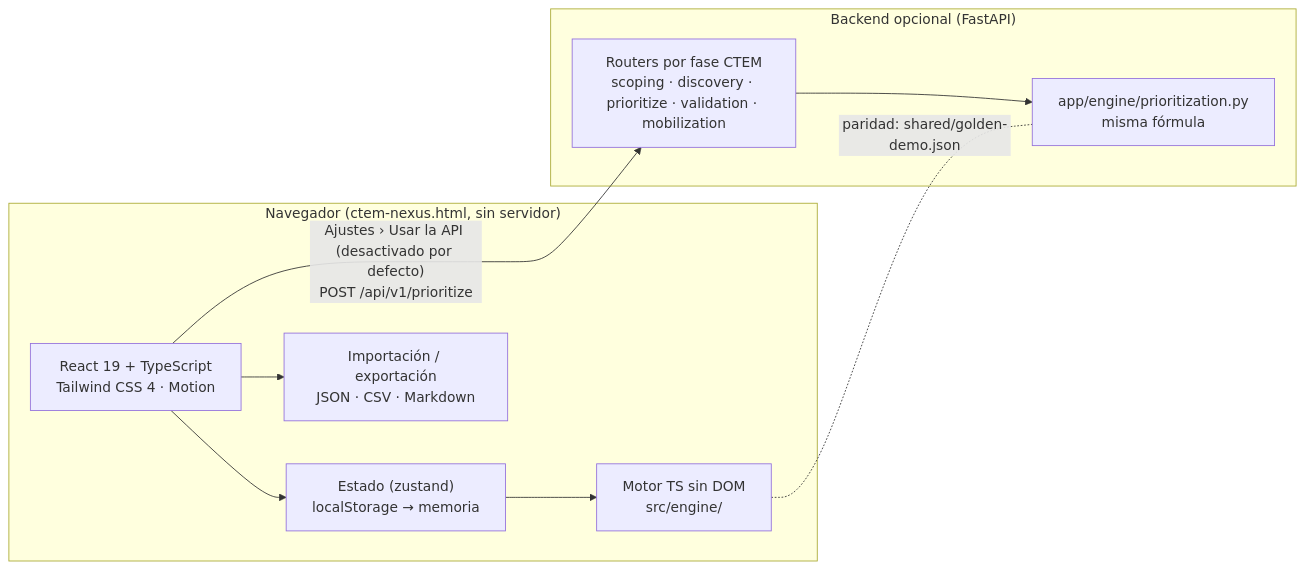
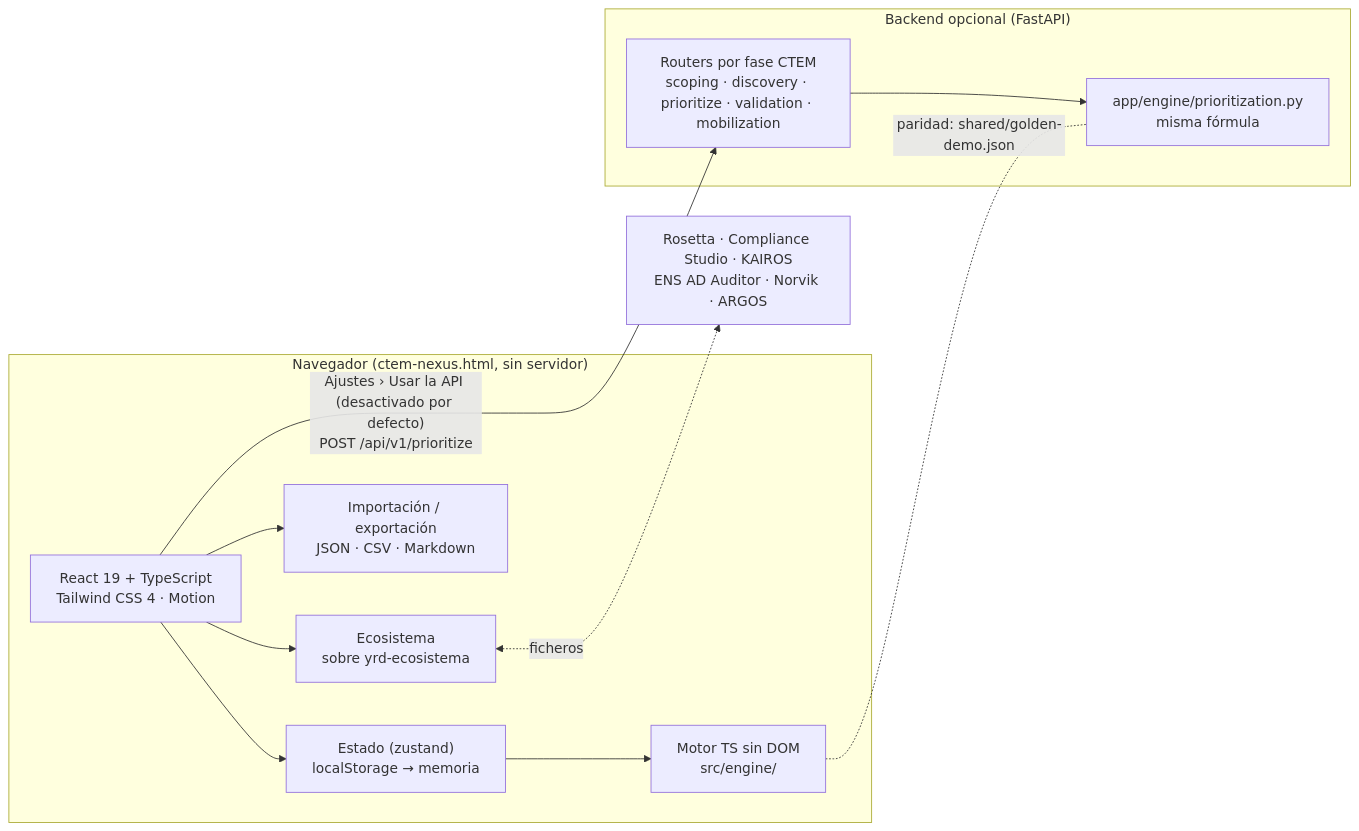
Before and after one commit to heindall92/ctem-nexus: the diagram in docs/ARCHITECTURE.md, drawn with Mermaid. The commit also changed other lines of this file and 61 other files, not shown here.

````diff
--- a/docs/ARCHITECTURE.md
+++ b/docs/ARCHITECTURE.md
@@ -3,18 +3,21 @@
 ```mermaid
 flowchart LR
   subgraph Navegador["Navegador (ctem-nexus.html, sin servidor)"]
     UI["React 19 + TypeScript<br/>Tailwind CSS 4 · Motion"]
     Store["Estado (zustand)<br/>localStorage → memoria"]
     Engine["Motor TS sin DOM<br/>src/engine/"]
     IO["Importación / exportación<br/>JSON · CSV · Markdown"]
+    Eco["Ecosistema<br/>sobre yrd-ecosistema"]
     UI --> Store --> Engine
     UI --> IO
+    UI --> Eco
   end
+  Eco <-. "ficheros" .-> Sister["Rosetta · Compliance Studio · KAIROS<br/>ENS AD Auditor · Norvik · ARGOS"]
   subgraph API["Backend opcional (FastAPI)"]
     Routers["Routers por fase CTEM<br/>scoping · discovery · prioritize · validation · mobilization"]
     PyEngine["app/engine/prioritization.py<br/>misma fórmula"]
     Routers --> PyEngine
   end
   Engine -. "paridad: shared/golden-demo.json" .- PyEngine
   UI -- "Ajustes › Usar la API (desactivado por defecto)<br/>POST /api/v1/prioritize" --> Routers
 ```
````
